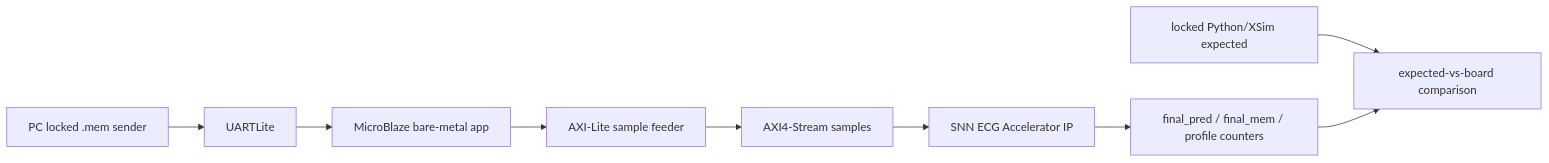
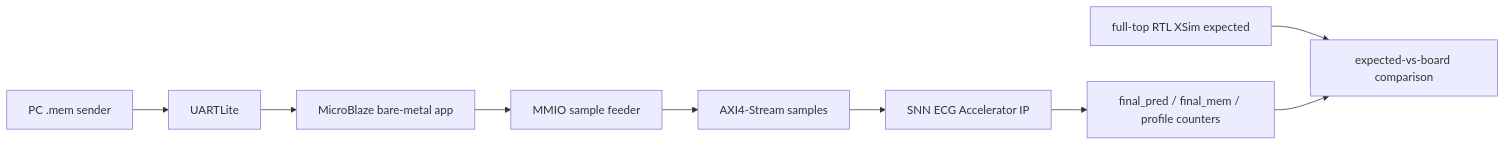
One commit to Sheep-gun/ECG-SoC-Integrated changed the diagram in docs/FULL_RECORD_BOARD_REPLAY_VITIS_KR.md. Above: the diagram before and after it, drawn with Mermaid. The commit also changed other lines of this file and 61 other files, not shown here.

Commit message:
Finalize locked board replay evidence

````diff
--- a/docs/FULL_RECORD_BOARD_REPLAY_VITIS_KR.md
+++ b/docs/FULL_RECORD_BOARD_REPLAY_VITIS_KR.md
@@ -11,11 +9,11 @@
 ```mermaid
 flowchart LR
-    A["PC locked .mem sender"] --> B["UARTLite"]
+    A["PC .mem sender"] --> B["UARTLite"]
     B --> C["MicroBlaze bare-metal app"]
-    C --> D["AXI-Lite sample feeder"]
+    C --> D["MMIO sample feeder"]
     D --> E["AXI4-Stream samples"]
     E --> F["SNN ECG Accelerator IP"]
     F --> G["final_pred / final_mem / profile counters"]
-    H["locked Python/XSim expected"] --> I["expected-vs-board comparison"]
+    H["full-top RTL XSim expected"] --> I["expected-vs-board comparison"]
     G --> I
 ```
````
